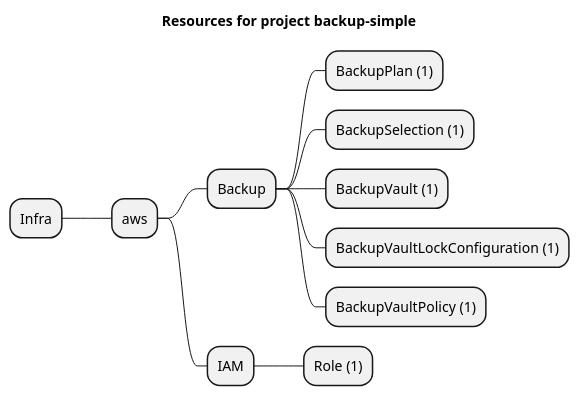
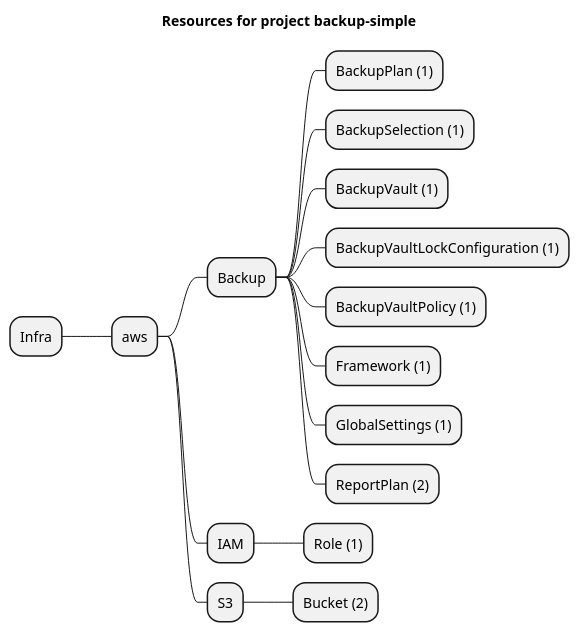
One commit to grucloud/grucloud changed the diagram in examples/aws/Backup/backup-simple/artifacts/resources-mindmap.puml. Above: the diagram before and after it, drawn with PlantUML. The commit also changed 155 other files, not shown here.

```diff
--- a/examples/aws/Backup/backup-simple/artifacts/resources-mindmap.puml
+++ b/examples/aws/Backup/backup-simple/artifacts/resources-mindmap.puml
@@ -1,14 +1,19 @@
 @startmindmap
 title Resources for project backup-simple
 skinparam monochrome true
 + Infra
 ++ aws
 +++ Backup
 ++++ BackupPlan (1)
 ++++ BackupSelection (1)
 ++++ BackupVault (1)
 ++++ BackupVaultLockConfiguration (1)
 ++++ BackupVaultPolicy (1)
+++++ Framework (1)
+++++ GlobalSettings (1)
+++++ ReportPlan (2)
 +++ IAM
 ++++ Role (1)
++++ S3
+++++ Bucket (2)
 @endmindmap
```
